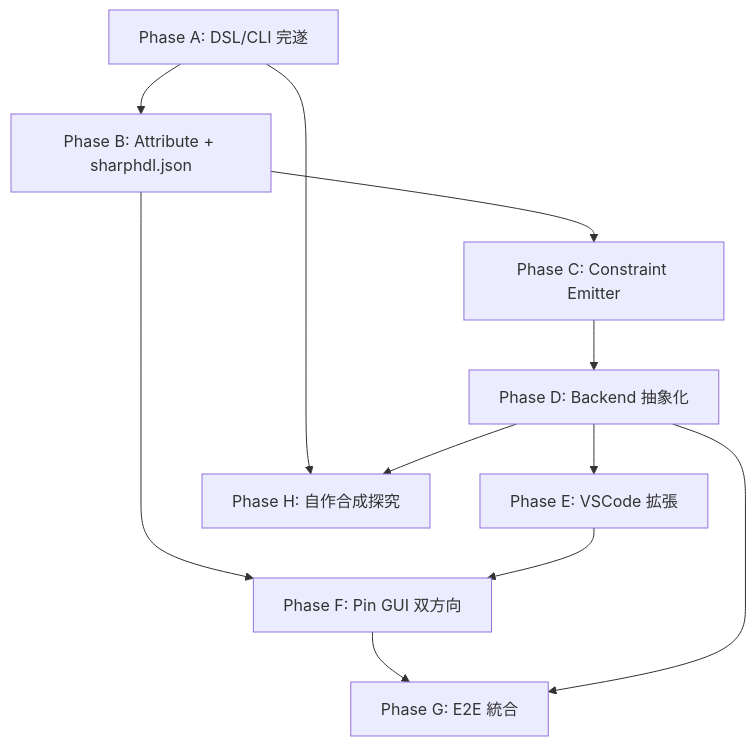
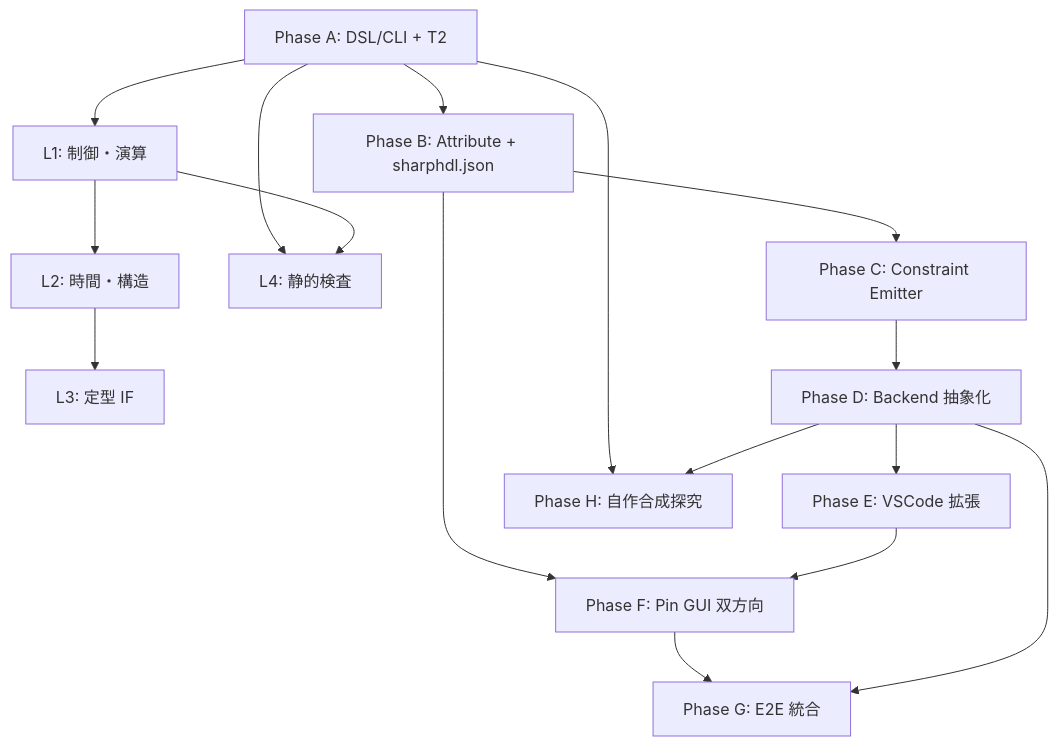
Before and after one commit to yukari6559/CsharpHdl: the fifth of 5 diagrams in docs/long-term-plan.md, drawn with Mermaid. The commit also changed other lines of this file, not shown here.

Commit message:
Document DSL expressiveness track alongside tooling phases.

````diff
--- a/docs/long-term-plan.md
+++ b/docs/long-term-plan.md
@@ -380,19 +450,26 @@
 ```mermaid
 flowchart TB
-    A[Phase A: DSL/CLI 完遂]
+    A[Phase A: DSL/CLI + T2]
+    L1[L1: 制御・演算]
+    L2[L2: 時間・構造]
+    L3[L3: 定型 IF]
+    L4[L4: 静的検査]
     B[Phase B: Attribute + sharphdl.json]
     C[Phase C: Constraint Emitter]
     D[Phase D: Backend 抽象化]
     E[Phase E: VSCode 拡張]
     F[Phase F: Pin GUI 双方向]
     G[Phase G: E2E 統合]
     H[Phase H: 自作合成探究]
+    A --> L1 --> L2 --> L3
+    A --> L4
+    L1 --> L4
     A --> B --> C --> D
     D --> E
     B --> F
     E --> F
     F --> G
     D --> G
     A --> H
     D --> H
 ```
````
